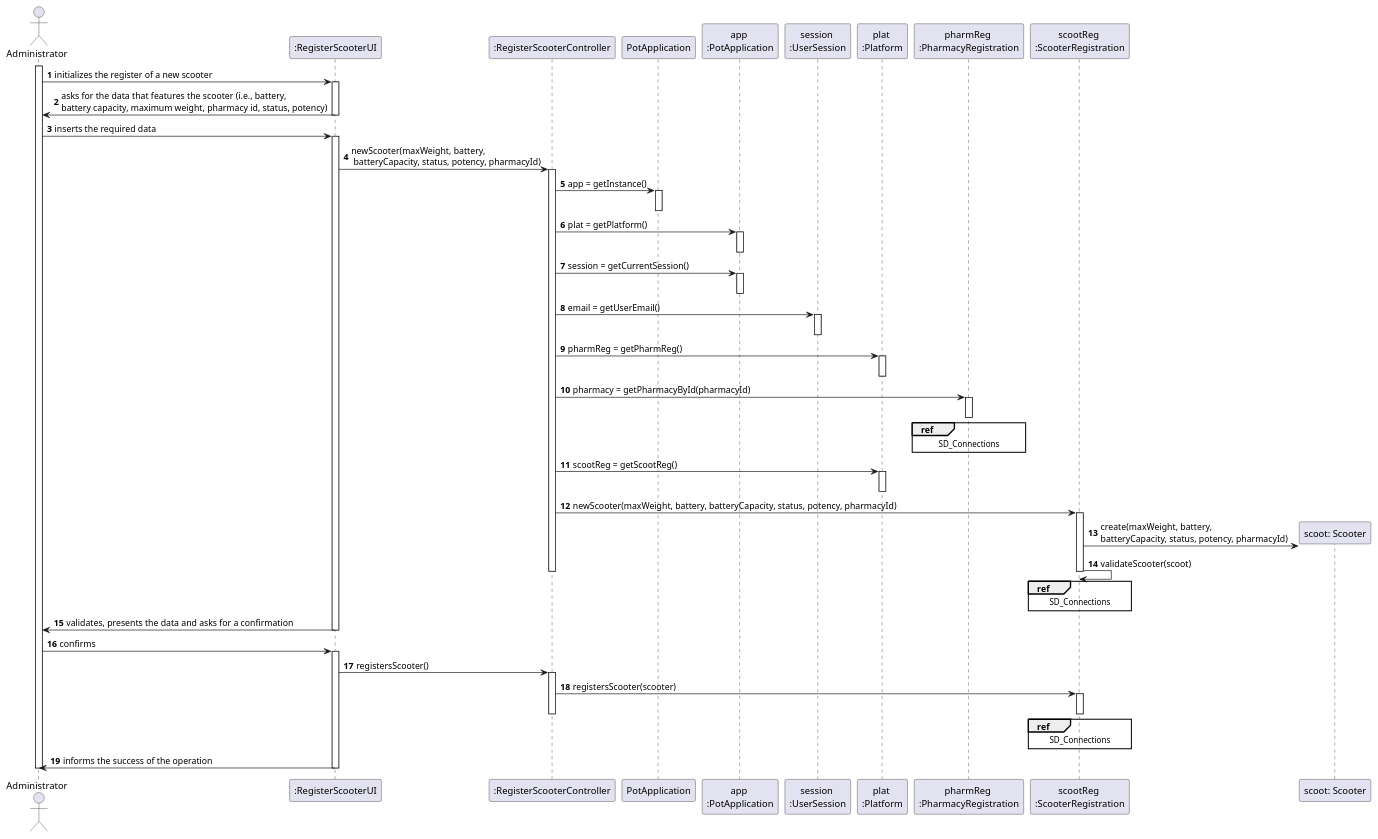
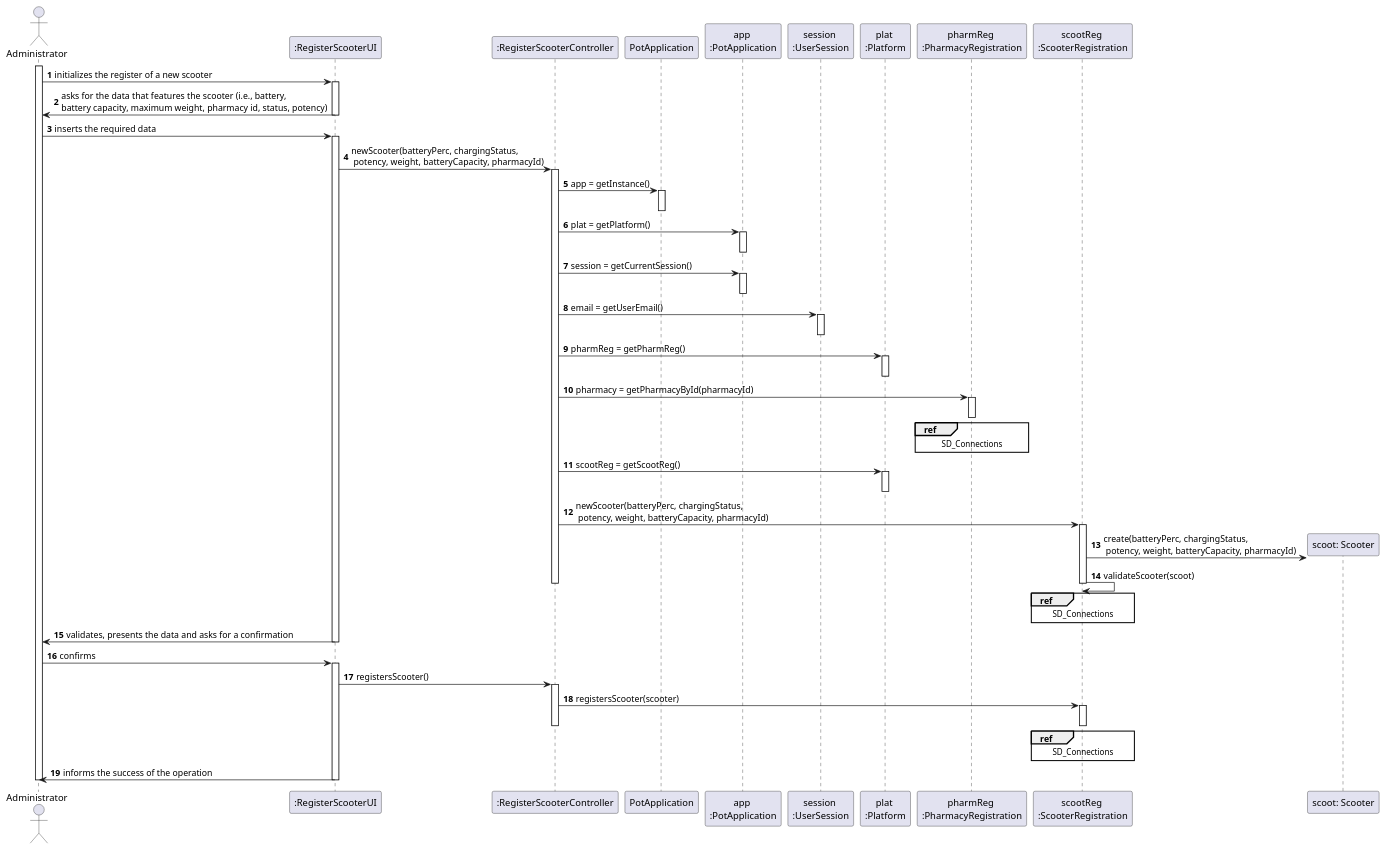
One commit to tiagoavcosta25/LAPR3 changed the diagram in docs/Iteration 1/Scooter Management/US21_RegisterScooter/US21_SD.puml. Above: the diagram before and after it, drawn with PlantUML. The commit also changed 3 other files, not shown here.

```diff
--- a/docs/Iteration 1/Scooter Management/US21_RegisterScooter/US21_SD.puml
+++ b/docs/Iteration 1/Scooter Management/US21_RegisterScooter/US21_SD.puml
@@ -1,82 +1,82 @@
 @startuml
 autonumber
 actor "Administrator" as ADMIN
 
 participant ":RegisterScooterUI" as UI
 participant ":RegisterScooterController" as CTRL
 participant "PotApplication" as PA
 participant "app \n:PotApplication" as APA
 participant "session \n:UserSession" as US
 participant "plat \n:Platform" as PLAT
 participant "pharmReg \n:PharmacyRegistration" as PH
 participant "scootReg \n:ScooterRegistration" as RS
 participant "scoot: Scooter" as SC
 
 
 
 activate ADMIN
 
 ADMIN -> UI : initializes the register of a new scooter
 activate UI
 UI -> ADMIN : asks for the data that features the scooter (i.e., battery, \nbattery capacity, maximum weight, pharmacy id, status, potency)
 deactivate UI
 
 ADMIN -> UI : inserts the required data
 activate UI
-UI -> CTRL : newScooter(maxWeight, battery,\n batteryCapacity, status, potency, pharmacyId)
+UI -> CTRL : newScooter(batteryPerc, chargingStatus,\n potency, weight, batteryCapacity, pharmacyId)
 activate CTRL
 CTRL -> PA : app = getInstance()
 activate PA
 deactivate PA
 CTRL -> APA : plat = getPlatform()
 activate APA
 deactivate APA
 CTRL -> APA : session = getCurrentSession()
 activate APA
 deactivate APA
 CTRL -> US : email = getUserEmail()
 activate US
 deactivate US
 CTRL -> PLAT : pharmReg = getPharmReg()
 activate PLAT
 deactivate PLAT
 CTRL -> PH : pharmacy = getPharmacyById(pharmacyId)
 activate PH
 ref over PH
 SD_Connections
 end ref
 deactivate PH
 CTRL -> PLAT : scootReg = getScootReg()
 activate PLAT
 deactivate PLAT
-CTRL -> RS : newScooter(maxWeight, battery, batteryCapacity, status, potency, pharmacyId)
+CTRL -> RS : newScooter(batteryPerc, chargingStatus,\n potency, weight, batteryCapacity, pharmacyId)
 activate RS
-RS -> SC ** : create(maxWeight, battery,\nbatteryCapacity, status, potency, pharmacyId)
+RS -> SC ** : create(batteryPerc, chargingStatus,\n potency, weight, batteryCapacity, pharmacyId)
 RS -> RS : validateScooter(scoot)
 ref over RS
 SD_Connections
 end ref
 deactivate RS
 deactivate CTRL
 
 
 UI -> ADMIN : validates, presents the data and asks for a confirmation
 deactivate UI
 
 ADMIN -> UI : confirms
 activate UI
 UI -> CTRL : registersScooter()
 activate CTRL
 CTRL -> RS : registersScooter(scooter)
 activate RS
 ref over RS
 SD_Connections
 end ref
 deactivate RS
 deactivate CTRL
 UI -> ADMIN : informs the success of the operation
 deactivate UI
 
 deactivate ADMIN
 
 @enduml
```
